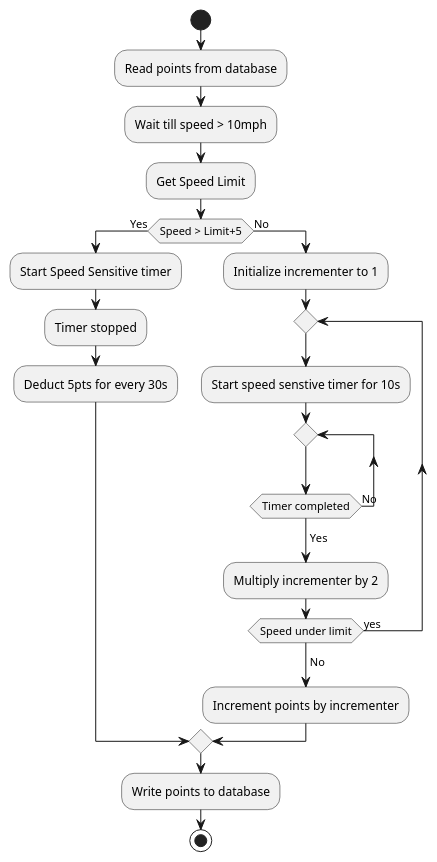
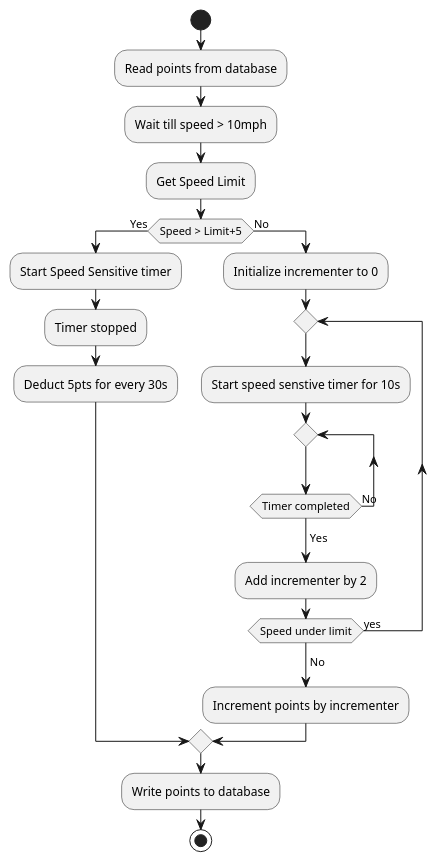
One commit to Varshith1815/DriverAssistant changed the diagram in gamification.puml. Above: the diagram before and after it, drawn with PlantUML.

Commit message:
#109: Updated gamification algorithm diagram

```diff
--- a/gamification.puml
+++ b/gamification.puml
@@ -1,28 +1,28 @@
 @startuml
 
 start
 :Read points from database;
 :Wait till speed > 10mph;
 :Get Speed Limit;
 
 if (Speed > Limit+5) then (Yes)
 :Start Speed Sensitive timer;
 :Timer stopped;
 :Deduct 5pts for every 30s;
 
 else (No)
-:Initialize incrementer to 1;
+:Initialize incrementer to 0;
 repeat
   :Start speed senstive timer for 10s;
   repeat
   repeat while (Timer completed) is (No)
   ->Yes;
-  :Multiply incrementer by 2;
+  :Add incrementer by 2;
 repeat while (Speed under limit) is (yes)
 ->No;
 :Increment points by incrementer;
 endif
 :Write points to database;
 stop
 
 @enduml
```
